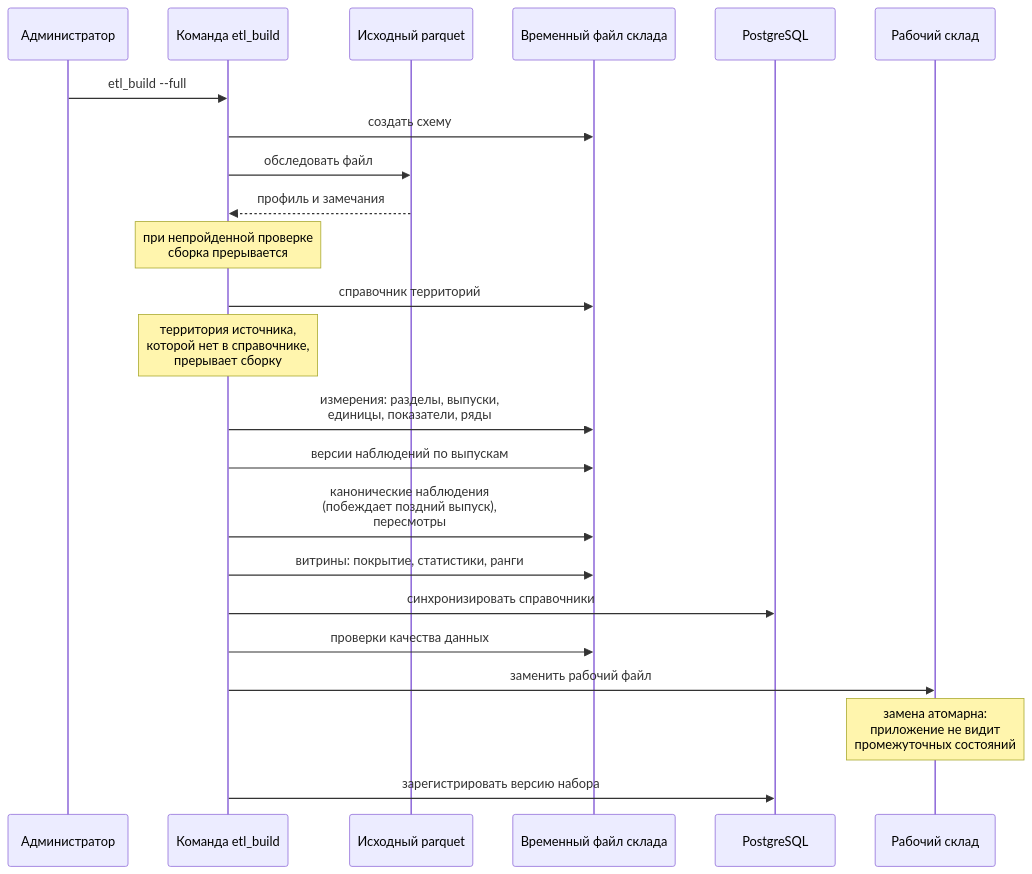
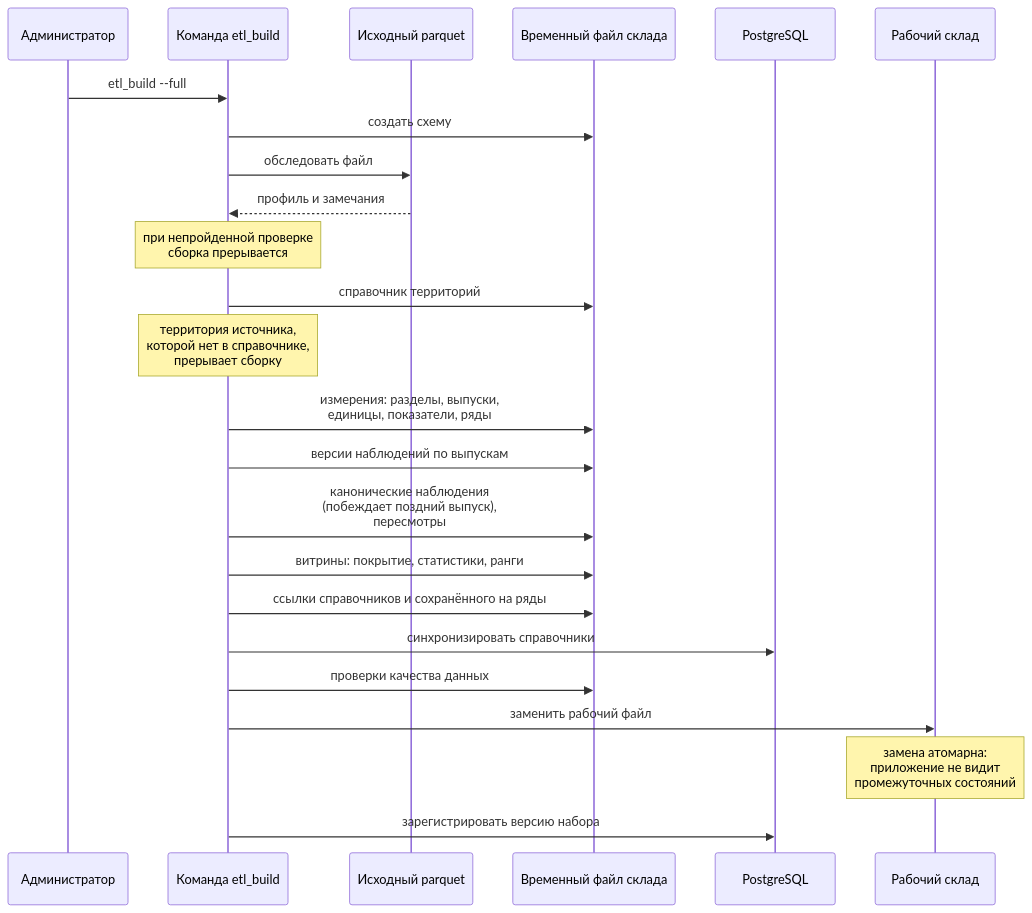
Before and after one commit to ht2473/RegionLens_v2: the fourth of 7 diagrams in docs/ARCHITECTURE.md, drawn with Mermaid. The commit also changed other lines of this file and 10 other files, not shown here.

````diff
--- a/docs/ARCHITECTURE.md
+++ b/docs/ARCHITECTURE.md
@@ -199,26 +199,27 @@
 ```mermaid
 sequenceDiagram
     participant A as Администратор
     participant C as Команда etl_build
     participant S as Исходный parquet
     participant T as Временный файл склада
     participant P as PostgreSQL
     participant W as Рабочий склад
 
     A->>C: etl_build --full
     C->>T: создать схему
     C->>S: обследовать файл
     S-->>C: профиль и замечания
     Note over C: при непройденной проверке<br/>сборка прерывается
     C->>T: справочник территорий
     Note over C: территория источника,<br/>которой нет в справочнике,<br/>прерывает сборку
     C->>T: измерения: разделы, выпуски,<br/>единицы, показатели, ряды
     C->>T: версии наблюдений по выпускам
     C->>T: канонические наблюдения<br/>(побеждает поздний выпуск),<br/>пересмотры
     C->>T: витрины: покрытие, статистики, ранги
+    C->>T: ссылки справочников и сохранённого на ряды
     C->>P: синхронизировать справочники
     C->>T: проверки качества данных
     C->>W: заменить рабочий файл
     Note over W: замена атомарна:<br/>приложение не видит<br/>промежуточных состояний
     C->>P: зарегистрировать версию набора
 ```
````
